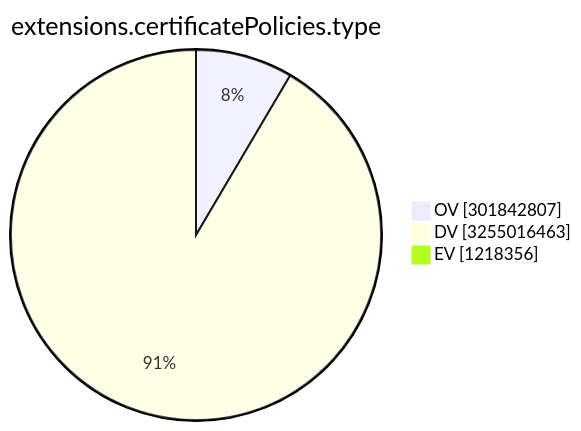
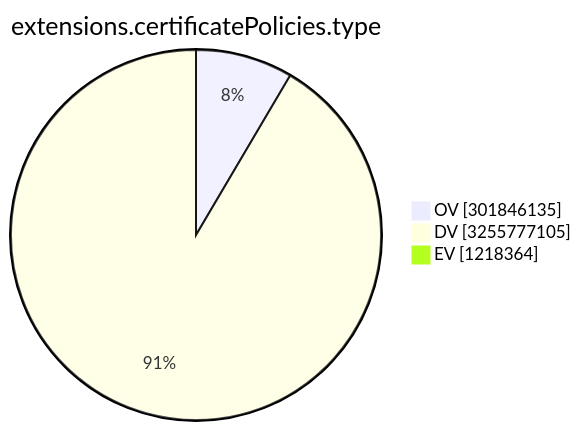
The ninth of 15 diagrams in TOTAL/README.md (christiankrug/ctmonitor_visualization), drawn with Mermaid before and after one commit. The commit also changed other lines of this file, not shown here.

````diff
--- a/TOTAL/README.md
+++ b/TOTAL/README.md
@@ -3107,7 +3107,7 @@
 ```mermaid
 pie showData
 title extensions.certificatePolicies.type
-"OV" :301842807
-"DV" :3255016463
-"EV" :1218356
+"OV" :301846135
+"DV" :3255777105
+"EV" :1218364
 ```
````
